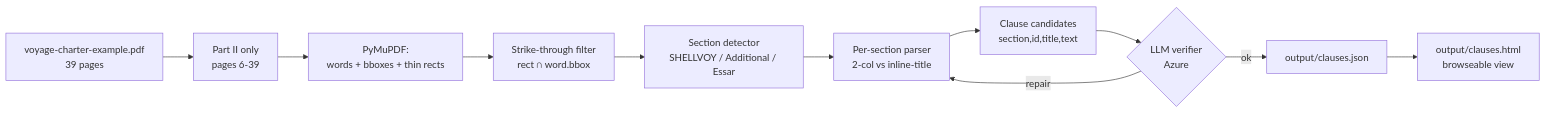
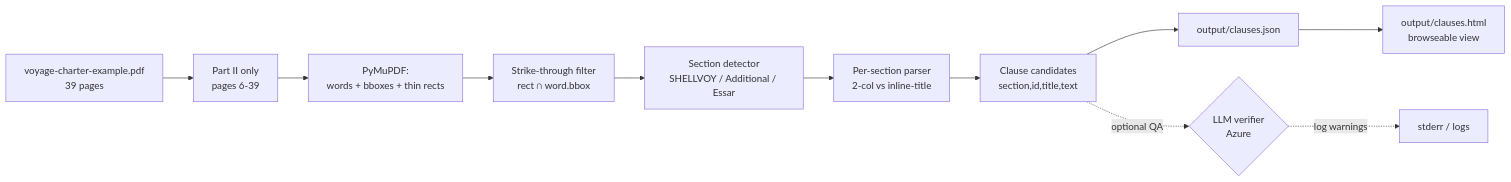
The diagram in docs/architecture.md (blake-ds/marcura-charterparty), drawn with Mermaid before and after one commit. The commit also changed other lines of this file and 14 other files, not shown here.

Commit message:
fix: harden charterparty extraction

````diff
--- a/docs/architecture.md
+++ b/docs/architecture.md
@@ -13,13 +13,13 @@
 ```mermaid
 flowchart LR
     A[voyage-charter-example.pdf<br/>39 pages] --> B[Part II only<br/>pages 6-39]
     B --> C[PyMuPDF:<br/>words + bboxes + thin rects]
     C --> D[Strike-through filter<br/>rect ∩ word.bbox]
     D --> E[Section detector<br/>SHELLVOY / Additional / Essar]
     E --> F[Per-section parser<br/>2-col vs inline-title]
     F --> G[Clause candidates<br/>section,id,title,text]
-    G --> H{LLM verifier<br/>Azure}
-    H -->|ok| I[output/clauses.json]
-    H -->|repair| F
+    G --> I[output/clauses.json]
+    G -. optional QA .-> H{LLM verifier<br/>Azure}
+    H -. log warnings .-> K[stderr / logs]
     I --> J[output/clauses.html<br/>browseable view]
 ```
````
